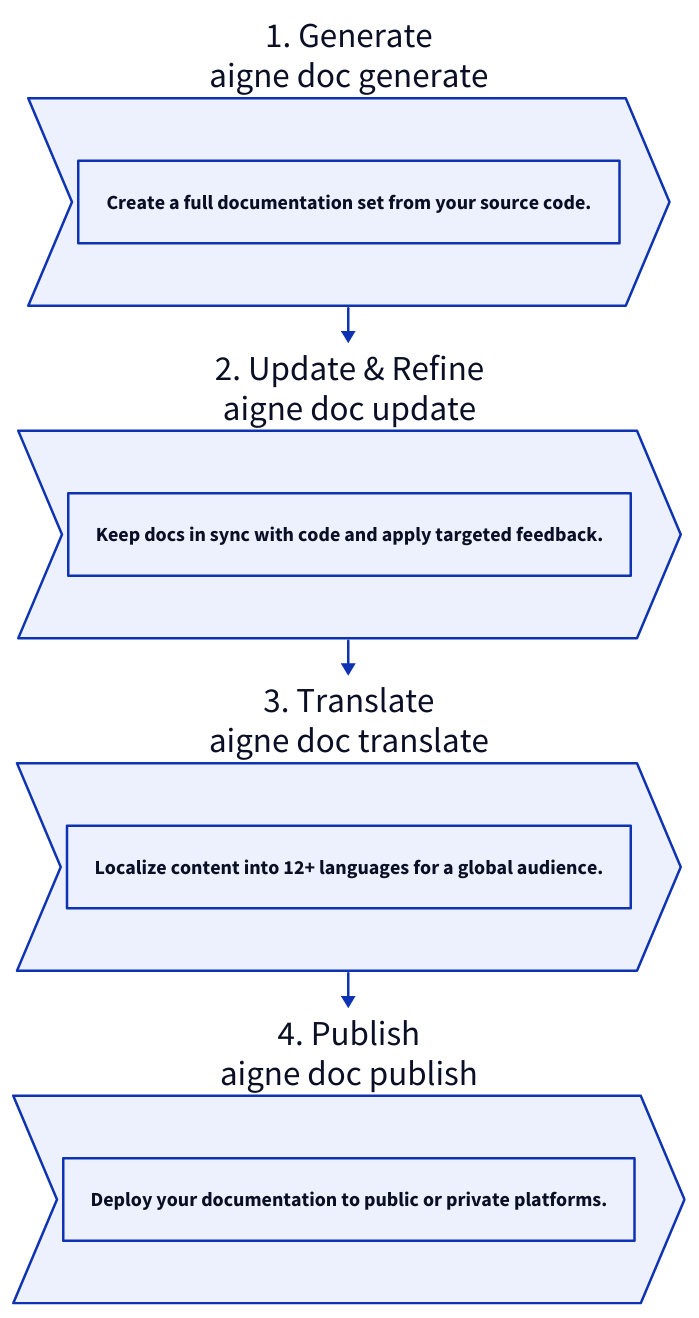
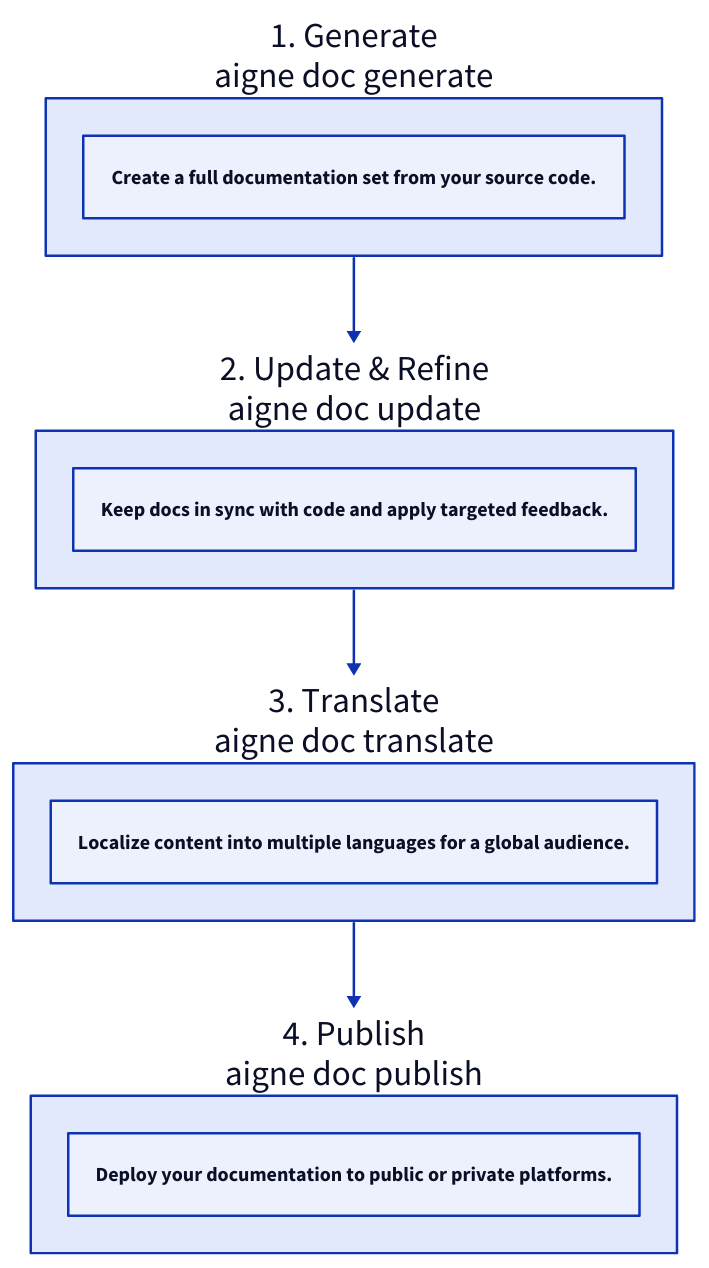
Before and after one commit to AIGNE-io/aigne-doc-smith: the diagram in docs/features.md, drawn with D2. The commit also changed other lines of this file and 35 other files, not shown here.

````diff
--- a/docs/features.md
+++ b/docs/features.md
@@ -11,29 +5,29 @@
 ```d2
 direction: down
 
 Generate: {
   label: "1. Generate\naigne doc generate"
-  shape: step
+  shape: rectangle
   description: "Create a full documentation set from your source code."
 }
 
 Refine: {
   label: "2. Update & Refine\naigne doc update"
-  shape: step
+  shape: rectangle
   description: "Keep docs in sync with code and apply targeted feedback."
 }
 
 Translate: {
   label: "3. Translate\naigne doc translate"
-  shape: step
-  description: "Localize content into 12+ languages for a global audience."
+  shape: rectangle
+  description: "Localize content into multiple languages for a global audience."
 }
 
 Publish: {
   label: "4. Publish\naigne doc publish"
-  shape: step
+  shape: rectangle
   description: "Deploy your documentation to public or private platforms."
 }
 
 Generate -> Refine -> Translate -> Publish
 ```
````
